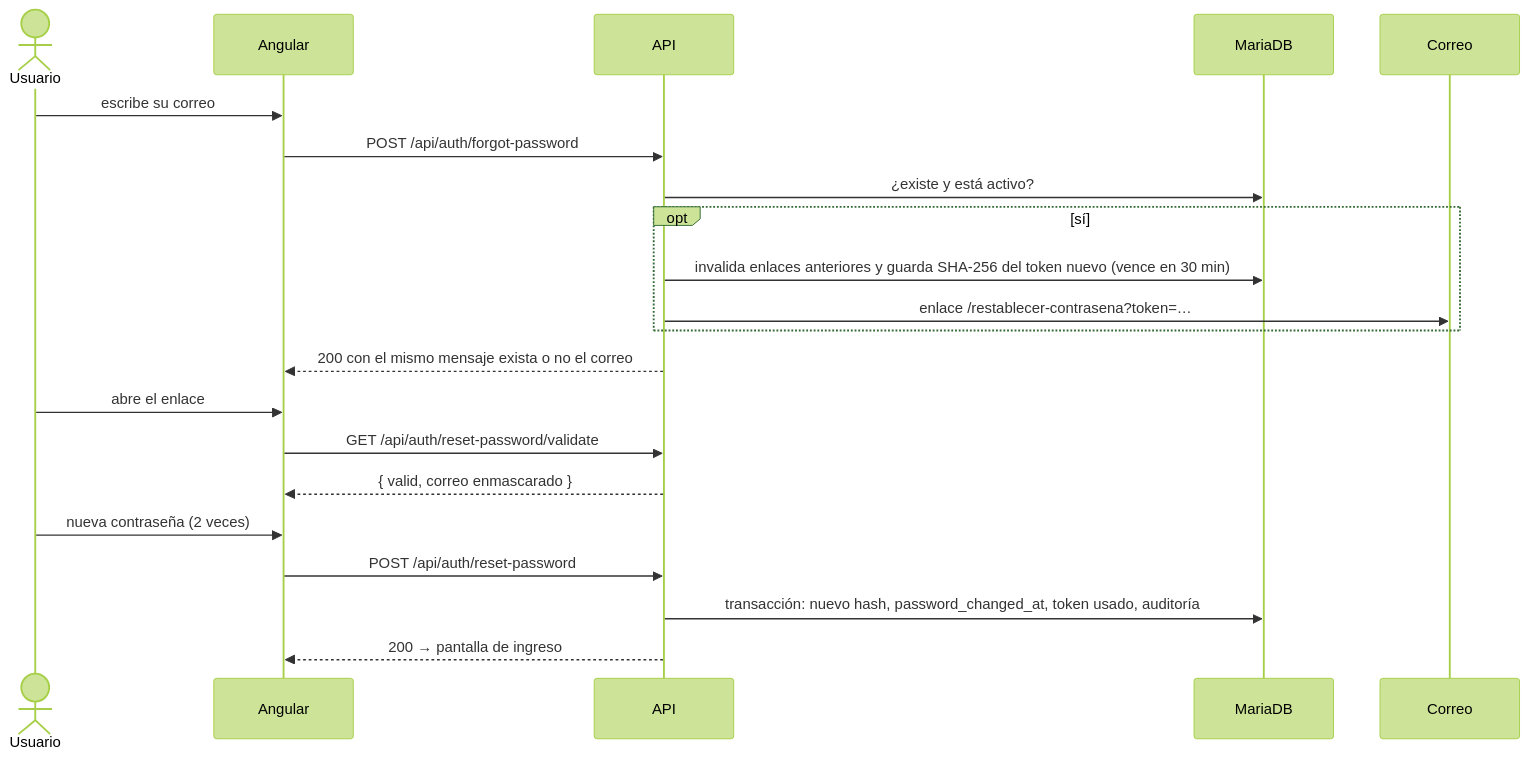
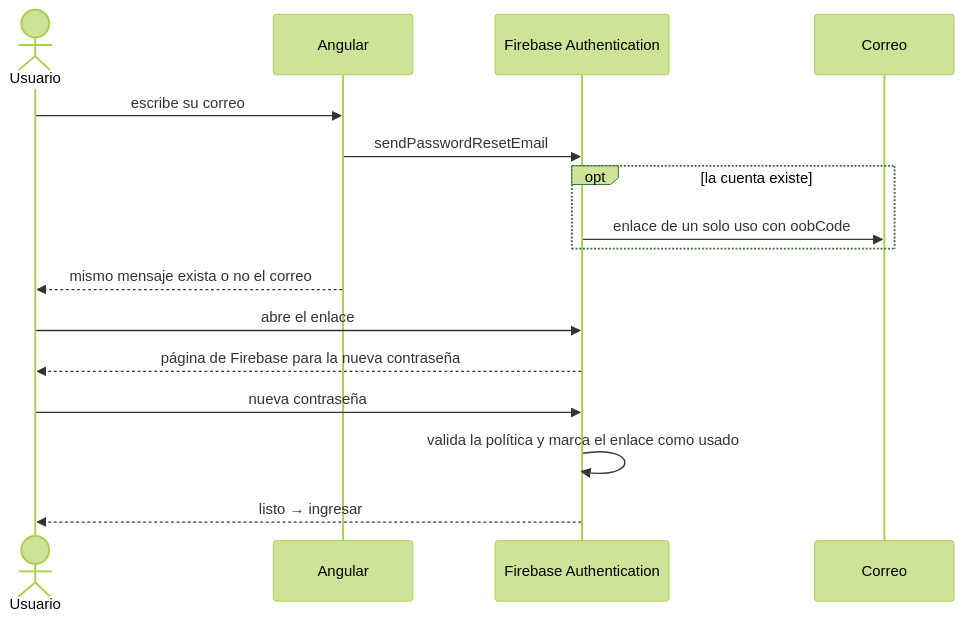
One commit to 98765432100123456/Aplicacion-a-la-inteligencia-artificial- changed the diagram in docs/uml/fuentes/secuencia-recuperacion.mmd. Above: the diagram before and after it, drawn with Mermaid (forest theme). The commit also changed 135 other files, not shown here.

First line of the commit message:
Retira el servicio NestJS y MariaDB; documentación y pruebas sobre Firebase

```diff
--- a/docs/uml/fuentes/secuencia-recuperacion.mmd
+++ b/docs/uml/fuentes/secuencia-recuperacion.mmd
@@ -1,21 +1,16 @@
 sequenceDiagram
     actor U as Usuario
     participant W as Angular
-    participant A as API
-    participant D as MariaDB
+    participant A as Firebase Authentication
     participant M as Correo
     U->>W: escribe su correo
-    W->>A: POST /api/auth/forgot-password
-    A->>D: ¿existe y está activo?
-    opt sí
-        A->>D: invalida enlaces anteriores y guarda SHA-256 del token nuevo (vence en 30 min)
-        A->>M: enlace /restablecer-contrasena?token=…
+    W->>A: sendPasswordResetEmail
+    opt la cuenta existe
+        A->>M: enlace de un solo uso con oobCode
     end
-    A-->>W: 200 con el mismo mensaje exista o no el correo
-    U->>W: abre el enlace
-    W->>A: GET /api/auth/reset-password/validate
-    A-->>W: { valid, correo enmascarado }
-    U->>W: nueva contraseña (2 veces)
-    W->>A: POST /api/auth/reset-password
-    A->>D: transacción: nuevo hash, password_changed_at, token usado, auditoría
-    A-->>W: 200 → pantalla de ingreso
+    W-->>U: mismo mensaje exista o no el correo
+    U->>A: abre el enlace
+    A-->>U: página de Firebase para la nueva contraseña
+    U->>A: nueva contraseña
+    A->>A: valida la política y marca el enlace como usado
+    A-->>U: listo → ingresar
```
